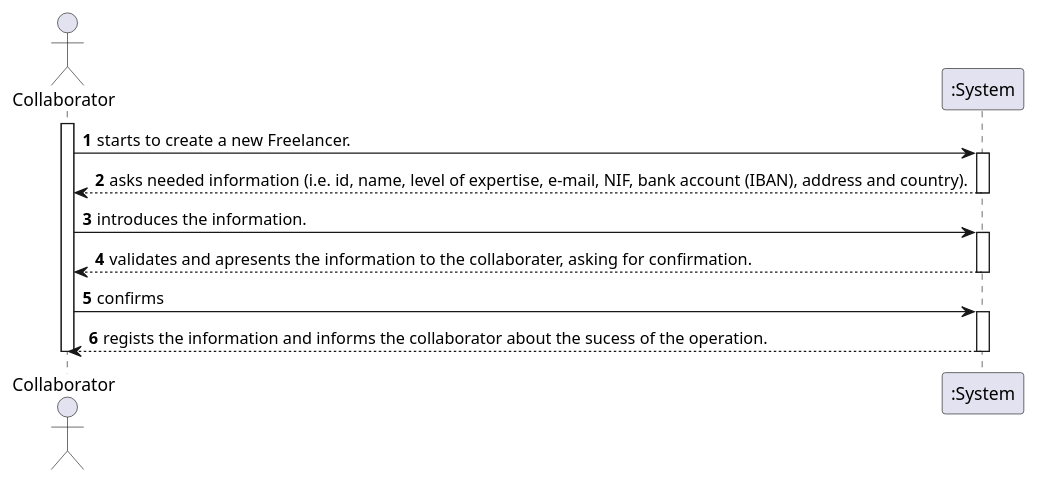
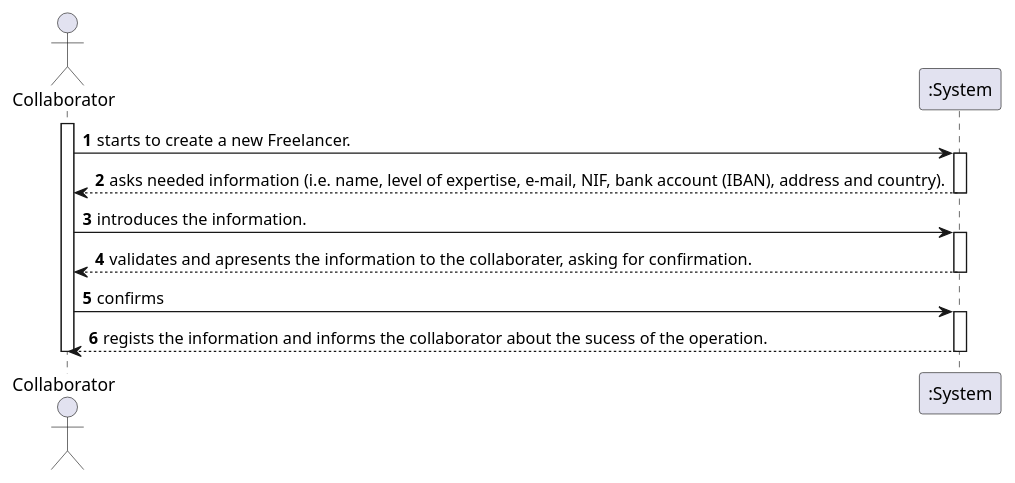
The diagram in docs/UC1 - Create Freelancer/UC1_SSD.puml (pedrolemos4/LAPR2), drawn with PlantUML before and after one commit. The commit also changed 9 other files, not shown here.

```diff
--- a/docs/UC1 - Create Freelancer/UC1_SSD.puml
+++ b/docs/UC1 - Create Freelancer/UC1_SSD.puml
@@ -1,23 +1,23 @@
 @startuml
 autonumber
 actor "Collaborator" as ADM
 
 activate ADM
 ADM -> ":System" : starts to create a new Freelancer.
 activate ":System"
-":System" --> ADM : asks needed information (i.e. id, name, level of expertise, e-mail, NIF, bank account (IBAN), address and country).
+":System" --> ADM : asks needed information (i.e. name, level of expertise, e-mail, NIF, bank account (IBAN), address and country).
 deactivate ":System"
 
 ADM -> ":System" : introduces the information.
 activate ":System"
 ":System" --> ADM : validates and apresents the information to the collaborater, asking for confirmation. 
 deactivate ":System"
 
 ADM -> ":System" : confirms
 activate ":System"
 ":System" --> ADM : regists the information and informs the collaborator about the sucess of the operation.
 deactivate ":System"
 
 deactivate ADM
 
 @enduml
```
